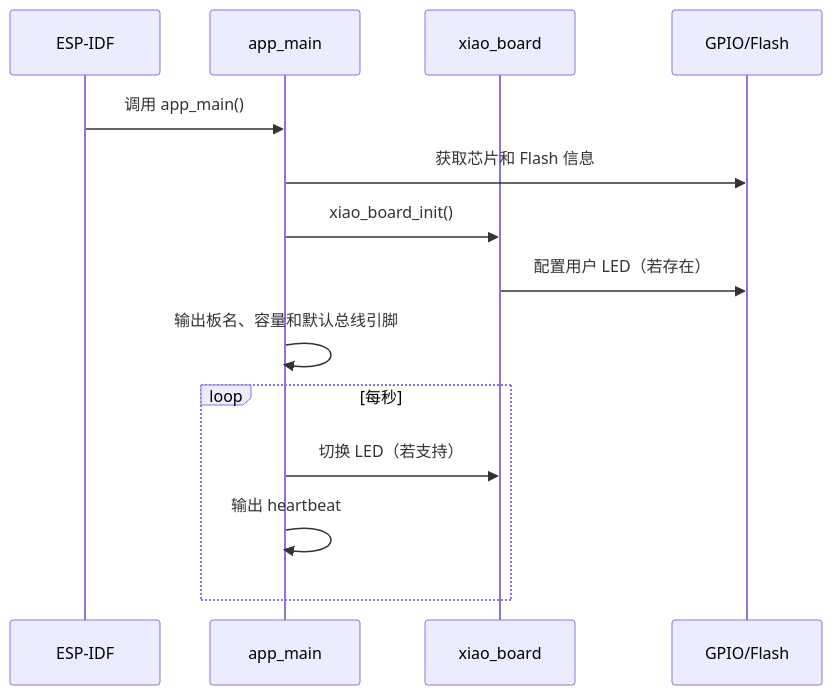
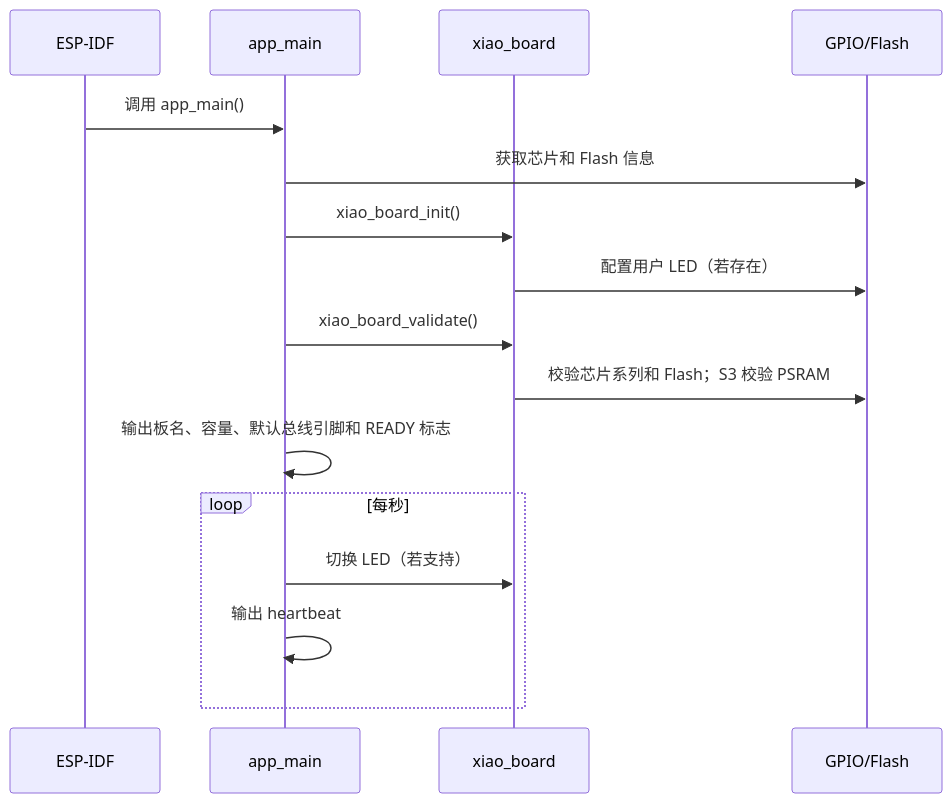
The diagram in docs/firmware/architecture.md (ashllll/xiao-esp32-platformio-idf), drawn with Mermaid before and after one commit. The commit also changed other lines of this file and 13 other files, not shown here.

````diff
--- a/docs/firmware/architecture.md
+++ b/docs/firmware/architecture.md
@@ -23,16 +23,18 @@
 ```mermaid
 sequenceDiagram
     participant IDF as ESP-IDF
     participant App as app_main
     participant Board as xiao_board
     participant HW as GPIO/Flash
     IDF->>App: 调用 app_main()
     App->>HW: 获取芯片和 Flash 信息
     App->>Board: xiao_board_init()
     Board->>HW: 配置用户 LED（若存在）
-    App->>App: 输出板名、容量和默认总线引脚
+    App->>Board: xiao_board_validate()
+    Board->>HW: 校验芯片系列和 Flash；S3 校验 PSRAM
+    App->>App: 输出板名、容量、默认总线引脚和 READY 标志
     loop 每秒
         App->>Board: 切换 LED（若支持）
         App->>App: 输出 heartbeat
     end
 ```
````
